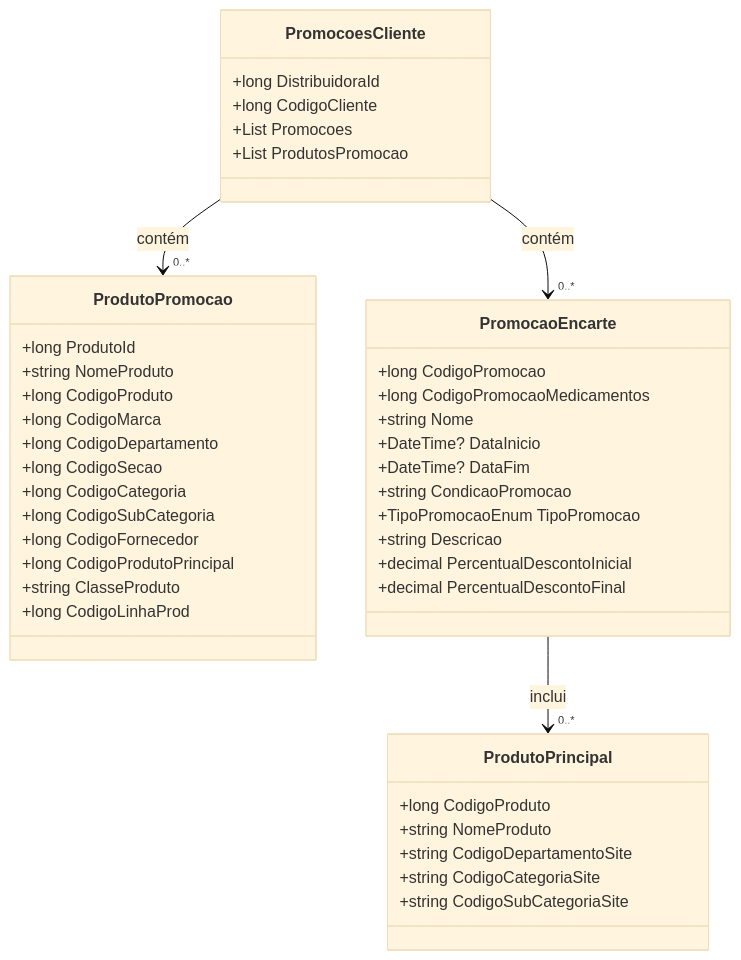
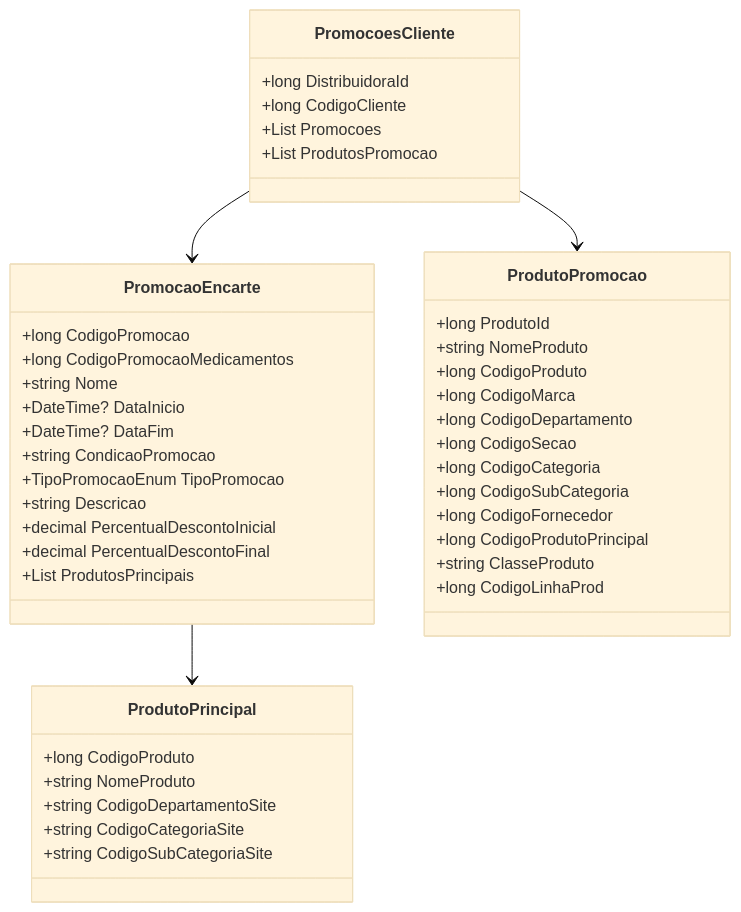
One commit to IsthmusSistemas/documentacao-tecnica changed the second of 2 diagrams in docs/b2b-dominio/IsthmusWinthor.Nucleo/IsthmusWinthor.Dominio/POCO/Precos/PromocoesCliente.md. Above: the diagram before and after it, drawn with Mermaid (base theme). The commit also changed other lines of this file and 882 other files, not shown here.

````diff
--- a/docs/b2b-dominio/IsthmusWinthor.Nucleo/IsthmusWinthor.Dominio/POCO/Precos/PromocoesCliente.md
+++ b/docs/b2b-dominio/IsthmusWinthor.Nucleo/IsthmusWinthor.Dominio/POCO/Precos/PromocoesCliente.md
@@ -120,49 +99,50 @@
 ```mermaid
 classDiagram
     class PromocoesCliente {
         +long DistribuidoraId
         +long CodigoCliente
         +List<PromocaoEncarte> Promocoes
         +List<ProdutoPromocao> ProdutosPromocao
+    }
+
+    class PromocaoEncarte {
+        +long CodigoPromocao
+        +long CodigoPromocaoMedicamentos
+        +string Nome
+        +DateTime? DataInicio
+        +DateTime? DataFim
+        +string CondicaoPromocao
+        +TipoPromocaoEnum TipoPromocao
+        +string Descricao
+        +decimal PercentualDescontoInicial
+        +decimal PercentualDescontoFinal
+        +List<ProdutoPrincipal> ProdutosPrincipais
     }
 
     class ProdutoPromocao {
         +long ProdutoId
         +string NomeProduto
         +long CodigoProduto
         +long CodigoMarca
         +long CodigoDepartamento
         +long CodigoSecao
         +long CodigoCategoria
         +long CodigoSubCategoria
         +long CodigoFornecedor
         +long CodigoProdutoPrincipal
         +string ClasseProduto
         +long CodigoLinhaProd
     }
 
-    class PromocaoEncarte {
-        +long CodigoPromocao
-        +long CodigoPromocaoMedicamentos
-        +string Nome
-        +DateTime? DataInicio
-        +DateTime? DataFim
-        +string CondicaoPromocao
-        +TipoPromocaoEnum TipoPromocao
-        +string Descricao
-        +decimal PercentualDescontoInicial
-        +decimal PercentualDescontoFinal
-    }
-
     class ProdutoPrincipal {
         +long CodigoProduto
         +string NomeProduto
         +string CodigoDepartamentoSite
         +string CodigoCategoriaSite
         +string CodigoSubCategoriaSite
     }
 
-    PromocoesCliente --> "0..*" PromocaoEncarte : contém
-    PromocaoEncarte --> "0..*" ProdutoPrincipal : inclui
-    PromocoesCliente --> "0..*" ProdutoPromocao : contém
+    PromocoesCliente --> PromocaoEncarte
+    PromocoesCliente --> ProdutoPromocao
+    PromocaoEncarte --> ProdutoPrincipal
 ```
````
